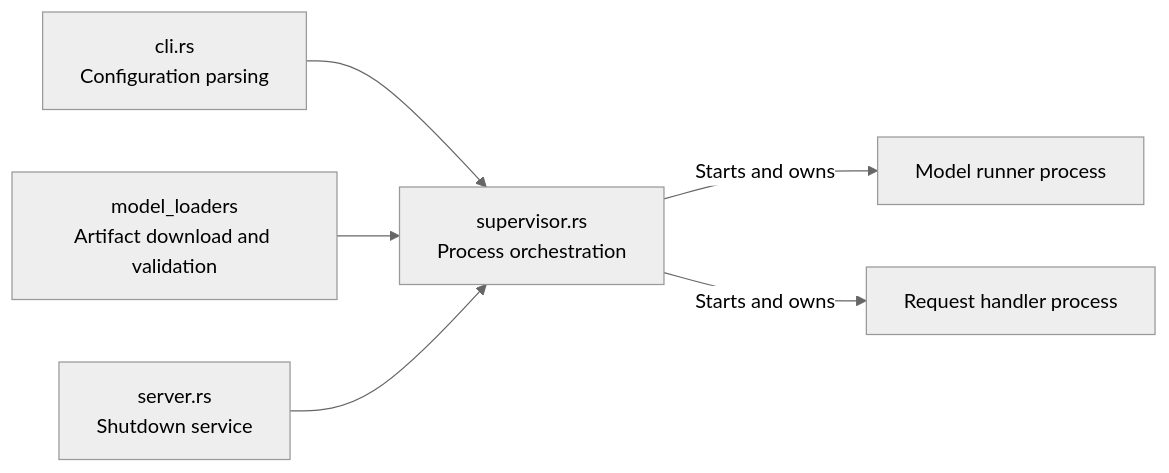
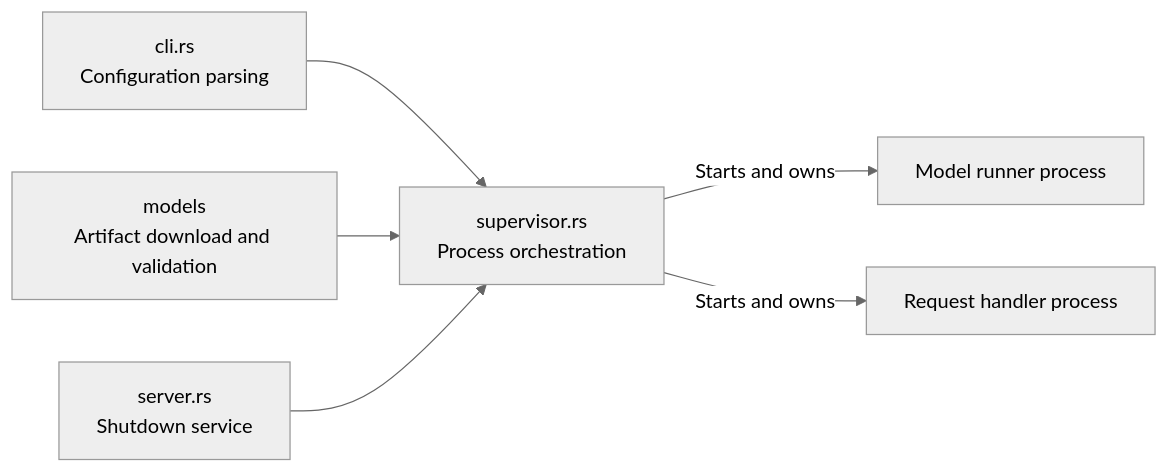
One commit to lun0522/mini-vllm-rs changed the first of 3 diagrams in src/main_process/README.md. Above: the diagram before and after it, drawn with Mermaid (neutral theme). The commit also changed other lines of this file and 20 other files, not shown here.

First line of the commit message:
Refactor: Rename model loaders to models

````diff
--- a/src/main_process/README.md
+++ b/src/main_process/README.md
@@ -6,8 +6,8 @@
 ```mermaid
 flowchart LR
     Cli["cli.rs<br/>Configuration parsing"] --> Supervisor["supervisor.rs<br/>Process orchestration"]
-    Loaders["model_loaders<br/>Artifact download and validation"] --> Supervisor
+    Models["models<br/>Artifact download and validation"] --> Supervisor
     Supervisor -->|"Starts and owns"| Runner["Model runner process"]
     Supervisor -->|"Starts and owns"| Handler["Request handler process"]
     Control["server.rs<br/>Shutdown service"] --> Supervisor
 ```
````
